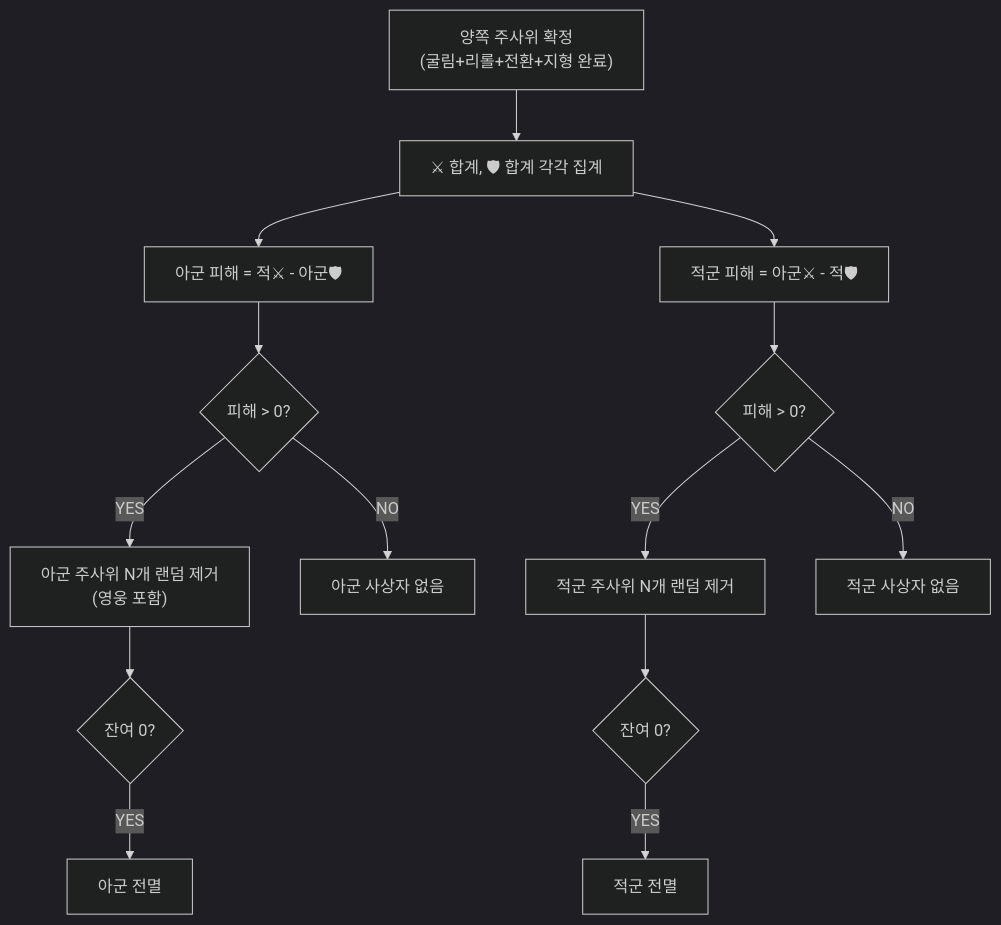
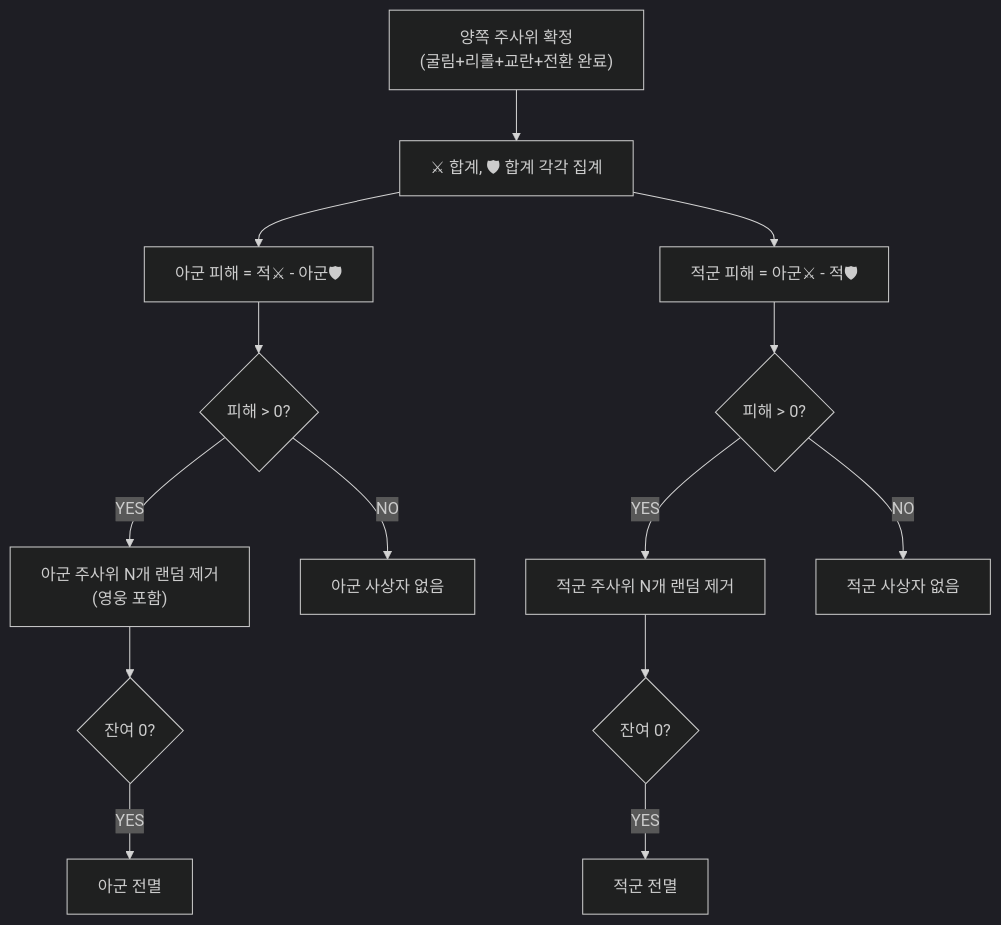
The second of 2 diagrams in 02_전투/구조/다이스규칙.md (roam1215-beep/Chronicle-wiki), drawn with Mermaid (dark theme) before and after one commit. The commit also changed other lines of this file and 18 other files, not shown here.

````diff
--- a/02_전투/구조/다이스규칙.md
+++ b/02_전투/구조/다이스규칙.md
@@ -159,16 +167,16 @@
 ```mermaid
 flowchart TD
-    A["양쪽 주사위 확정\n(굴림+리롤+전환+지형 완료)"] --> B["⚔ 합계, 🛡 합계 각각 집계"]
+    A["양쪽 주사위 확정\n(굴림+리롤+교란+전환 완료)"] --> B["⚔ 합계, 🛡 합계 각각 집계"]
     B --> C["아군 피해 = 적⚔ - 아군🛡"]
     B --> D["적군 피해 = 아군⚔ - 적🛡"]
     C --> E{피해 > 0?}
     D --> F{피해 > 0?}
     E -->|YES| G["아군 주사위 N개 랜덤 제거\n(영웅 포함)"]
     E -->|NO| H["아군 사상자 없음"]
     F -->|YES| I["적군 주사위 N개 랜덤 제거"]
     F -->|NO| J["적군 사상자 없음"]
     G --> K{잔여 0?}
     I --> L{잔여 0?}
     K -->|YES| M["아군 전멸"]
     L -->|YES| N["적군 전멸"]
 ```
````
